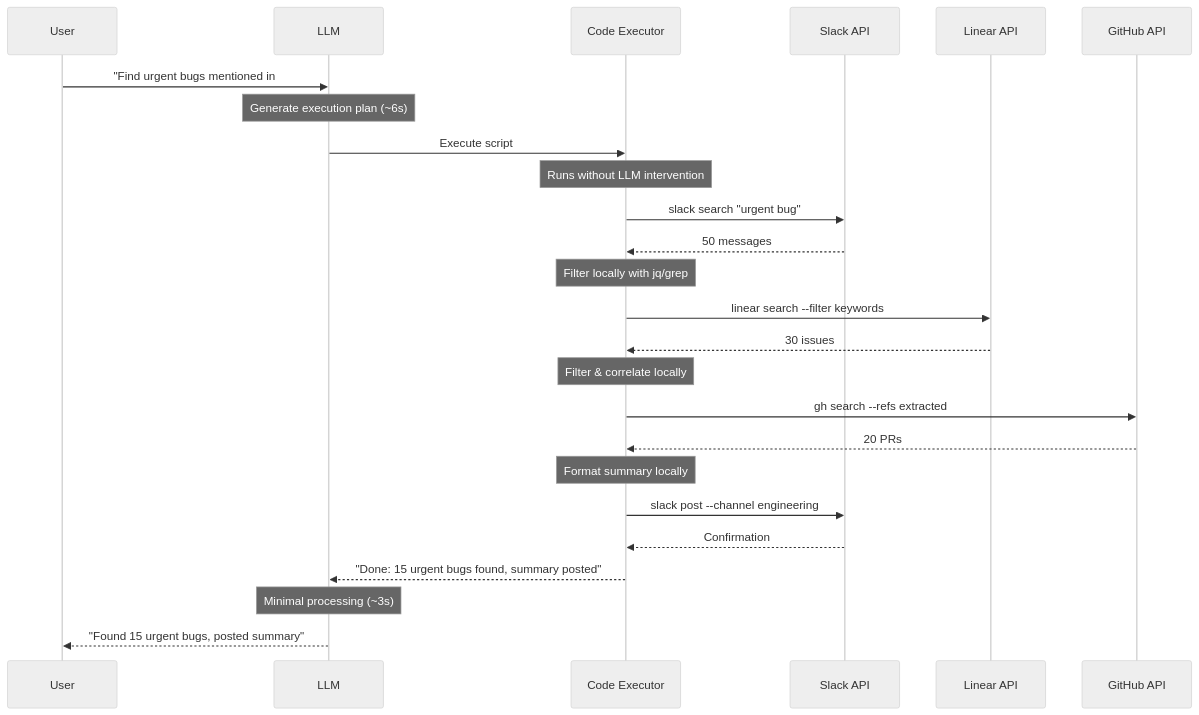
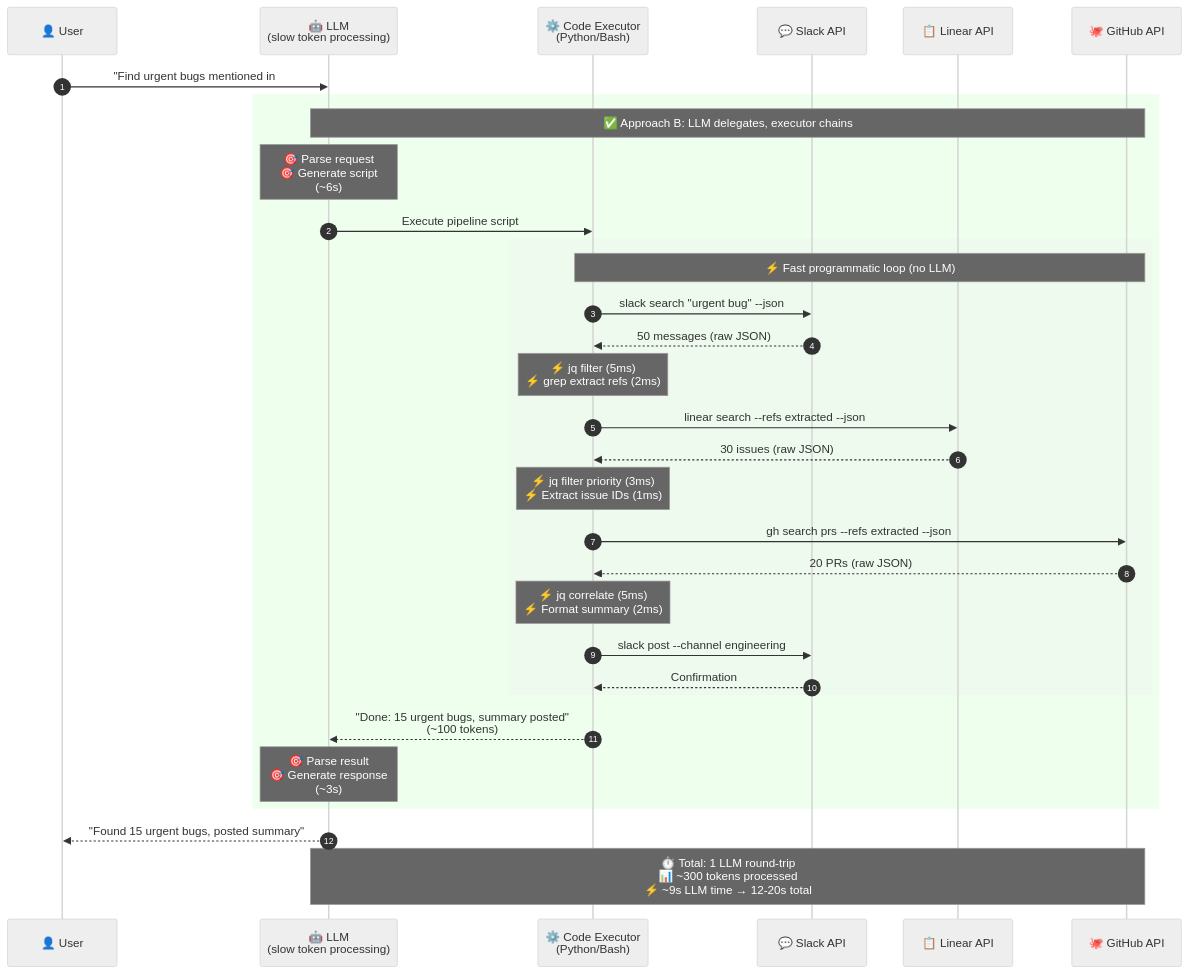
The second of 2 diagrams in time-travel-latency.md (kb4ai/mcp-considered-suboptimal-pub-kb), drawn with Mermaid (neutral theme) before and after one commit. The commit also changed other lines of this file, not shown here.

Commit message:
Add aesthetic improvements to Mermaid diagrams
Inspired by PR #2 styling:
- Add emojis (🐌 slow, ⚡ fast, 🎯 efficient, 👤 🤖 ⚙️ participants)
- Add colored rect backgrounds (red for slow, green for fast, gray for executor loop)
- Add autonumber for call sequencing
- Add descriptive participant aliases with line breaks
- Make note boxes more verbose with step-by-step details
- Add summary notes with totals at end of each diagram

````diff
--- a/time-travel-latency.md
+++ b/time-travel-latency.md
@@ -79,35 +87,46 @@
 ```mermaid
 sequenceDiagram
-    participant User
-    participant LLM
-    participant Executor as Code Executor
-    participant API1 as Slack API
-    participant API2 as Linear API
-    participant API3 as GitHub API
+    autonumber
+    participant U as 👤 User
+    participant L as 🤖 LLM<br/>(slow token processing)
+    participant E as ⚙️ Code Executor<br/>(Python/Bash)
+    participant S as 💬 Slack API
+    participant R as 📋 Linear API
+    participant G as 🐙 GitHub API
 
-    User->>LLM: "Find urgent bugs mentioned in #engineering"
+    U->>L: "Find urgent bugs mentioned in #engineering"
 
-    Note over LLM: Generate execution plan (~6s)
-    LLM->>Executor: Execute script
+    rect rgba(200,255,200,0.3)
+    note over L,G: ✅ Approach B: LLM delegates, executor chains
 
-    Note over Executor: Runs without LLM intervention
-    Executor->>API1: slack search "urgent bug"
-    API1-->>Executor: 50 messages
+    note over L: 🎯 Parse request<br/>🎯 Generate script<br/>(~6s)
+    L->>E: Execute pipeline script
 
-    Note over Executor: Filter locally with jq/grep
-    Executor->>API2: linear search --filter keywords
-    API2-->>Executor: 30 issues
+    rect rgba(230,230,230,0.2)
+    note over E,G: ⚡ Fast programmatic loop (no LLM)
 
-    Note over Executor: Filter & correlate locally
-    Executor->>API3: gh search --refs extracted
-    API3-->>Executor: 20 PRs
+    E->>S: slack search "urgent bug" --json
+    S-->>E: 50 messages (raw JSON)
+    note over E: ⚡ jq filter (5ms)<br/>⚡ grep extract refs (2ms)
 
-    Note over Executor: Format summary locally
-    Executor->>API1: slack post --channel engineering
-    API1-->>Executor: Confirmation
+    E->>R: linear search --refs extracted --json
+    R-->>E: 30 issues (raw JSON)
+    note over E: ⚡ jq filter priority (3ms)<br/>⚡ Extract issue IDs (1ms)
 
-    Executor-->>LLM: "Done: 15 urgent bugs found, summary posted"
+    E->>G: gh search prs --refs extracted --json
+    G-->>E: 20 PRs (raw JSON)
+    note over E: ⚡ jq correlate (5ms)<br/>⚡ Format summary (2ms)
 
-    Note over LLM: Minimal processing (~3s)
-    LLM-->>User: "Found 15 urgent bugs, posted summary"
+    E->>S: slack post --channel engineering
+    S-->>E: Confirmation
+    end
+
+    E-->>L: "Done: 15 urgent bugs, summary posted"<br/>(~100 tokens)
+
+    note over L: 🎯 Parse result<br/>🎯 Generate response<br/>(~3s)
+    end
+
+    L-->>U: "Found 15 urgent bugs, posted summary"
+
+    note over L,G: ⏱️ Total: 1 LLM round-trip<br/>📊 ~300 tokens processed<br/>⚡ ~9s LLM time → 12-20s total
 ```
````
